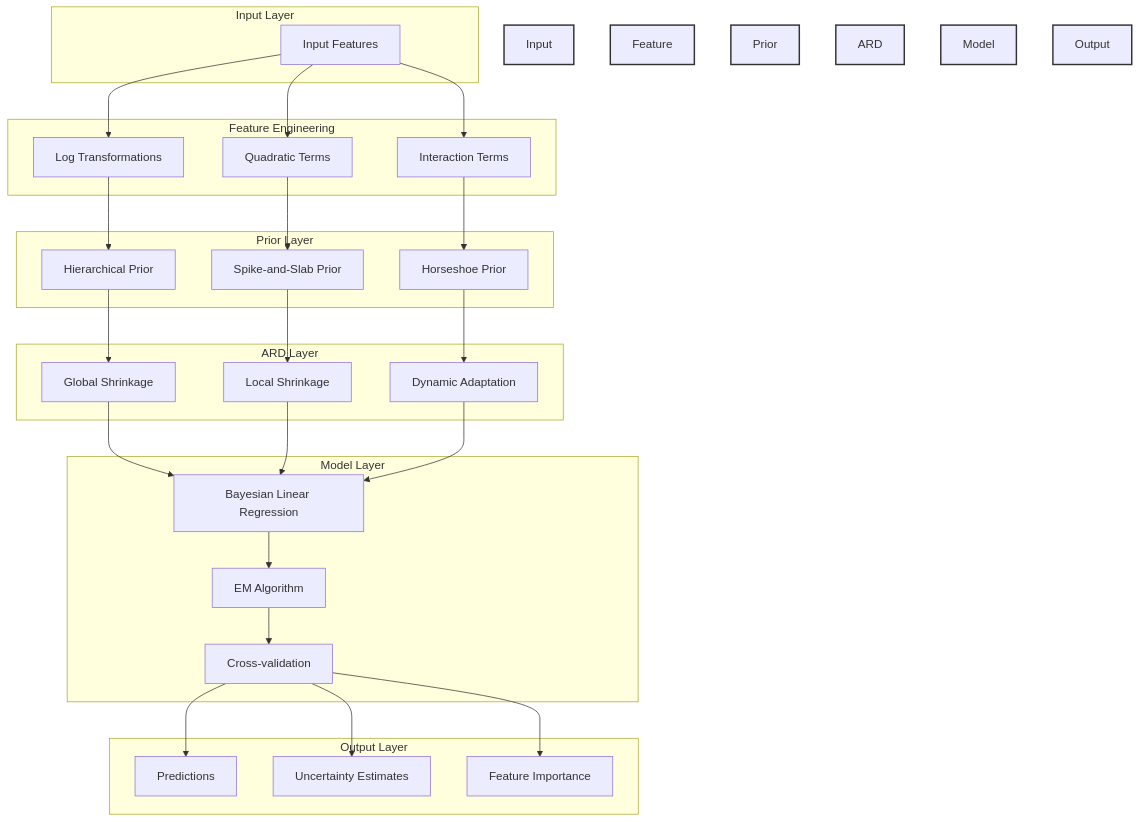
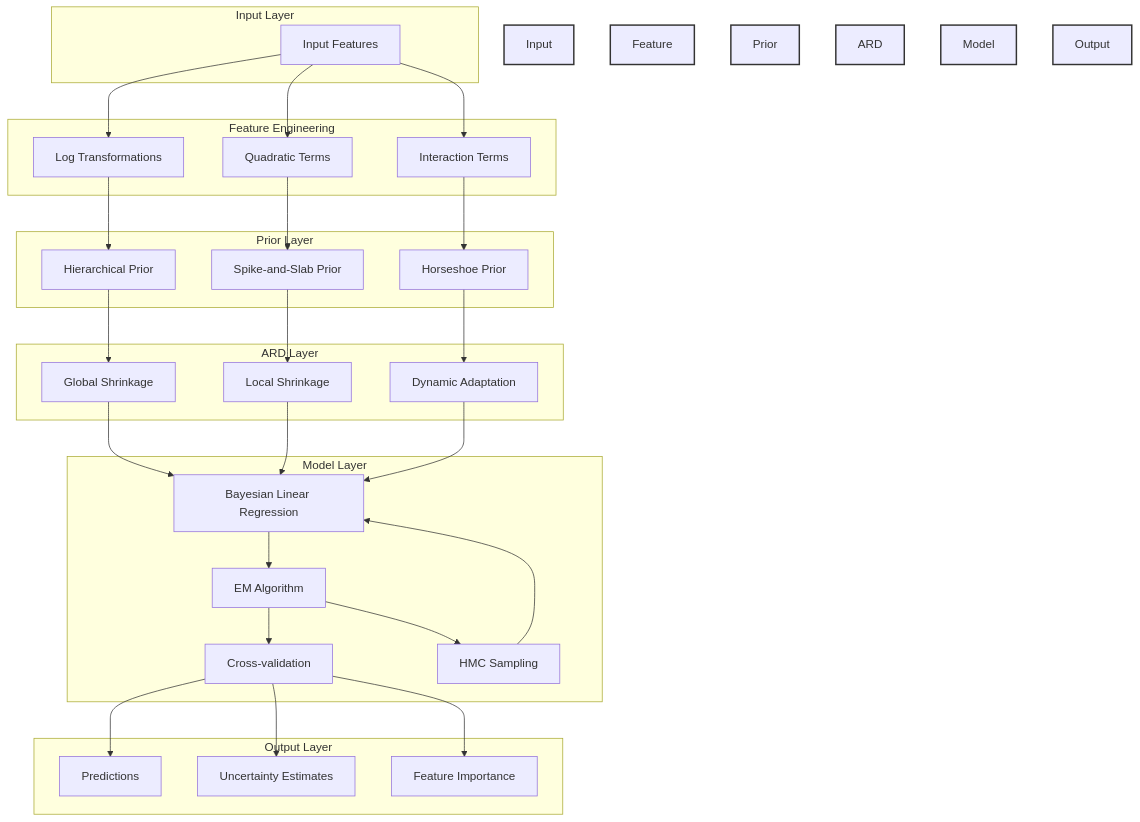
One commit to georgepaul171/Research-Project changed the diagram in bpd/1June/results/analysis.md. Above: the diagram before and after it, drawn with Mermaid. The commit also changed other lines of this file and 5 other files, not shown here.

Commit message:
adding HMC sampling to the adaptive prior model

````diff
--- a/bpd/1June/results/analysis.md
+++ b/bpd/1June/results/analysis.md
@@ -18,60 +18,63 @@
 ```mermaid
 graph TD
     subgraph Input Layer
         X[Input Features]
     end
 
     subgraph Feature Engineering
         FE1[Log Transformations]
         FE2[Quadratic Terms]
         FE3[Interaction Terms]
         X --> FE1
         X --> FE2
         X --> FE3
     end
 
     subgraph Prior Layer
         P1[Hierarchical Prior]
         P2[Spike-and-Slab Prior]
         P3[Horseshoe Prior]
         FE1 --> P1
         FE2 --> P2
         FE3 --> P3
     end
 
     subgraph ARD Layer
         A1[Global Shrinkage]
         A2[Local Shrinkage]
         A3[Dynamic Adaptation]
         P1 --> A1
         P2 --> A2
         P3 --> A3
     end
 
     subgraph Model Layer
         M1[Bayesian Linear Regression]
         M2[EM Algorithm]
         M3[Cross-validation]
+        M4[HMC Sampling]
         A1 --> M1
         A2 --> M1
         A3 --> M1
         M1 --> M2
         M2 --> M3
+        M2 --> M4
+        M4 --> M1
     end
 
     subgraph Output Layer
         O1[Predictions]
         O2[Uncertainty Estimates]
         O3[Feature Importance]
         M3 --> O1
         M3 --> O2
         M3 --> O3
     end
 
     style Input Layer fill:#f9f,stroke:#333,stroke-width:2px
     style Feature Engineering fill:#bbf,stroke:#333,stroke-width:2px
     style Prior Layer fill:#bfb,stroke:#333,stroke-width:2px
     style ARD Layer fill:#fbb,stroke:#333,stroke-width:2px
     style Model Layer fill:#fbf,stroke:#333,stroke-width:2px
     style Output Layer fill:#bff,stroke:#333,stroke-width:2px
 ```
````
